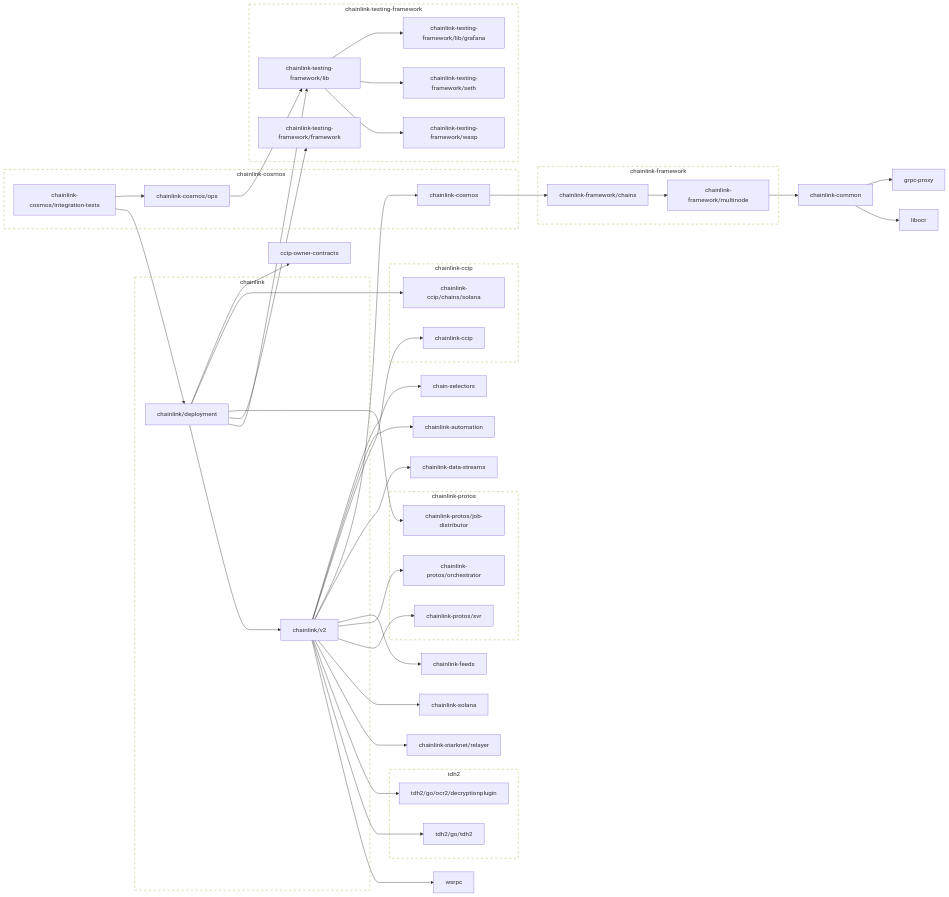
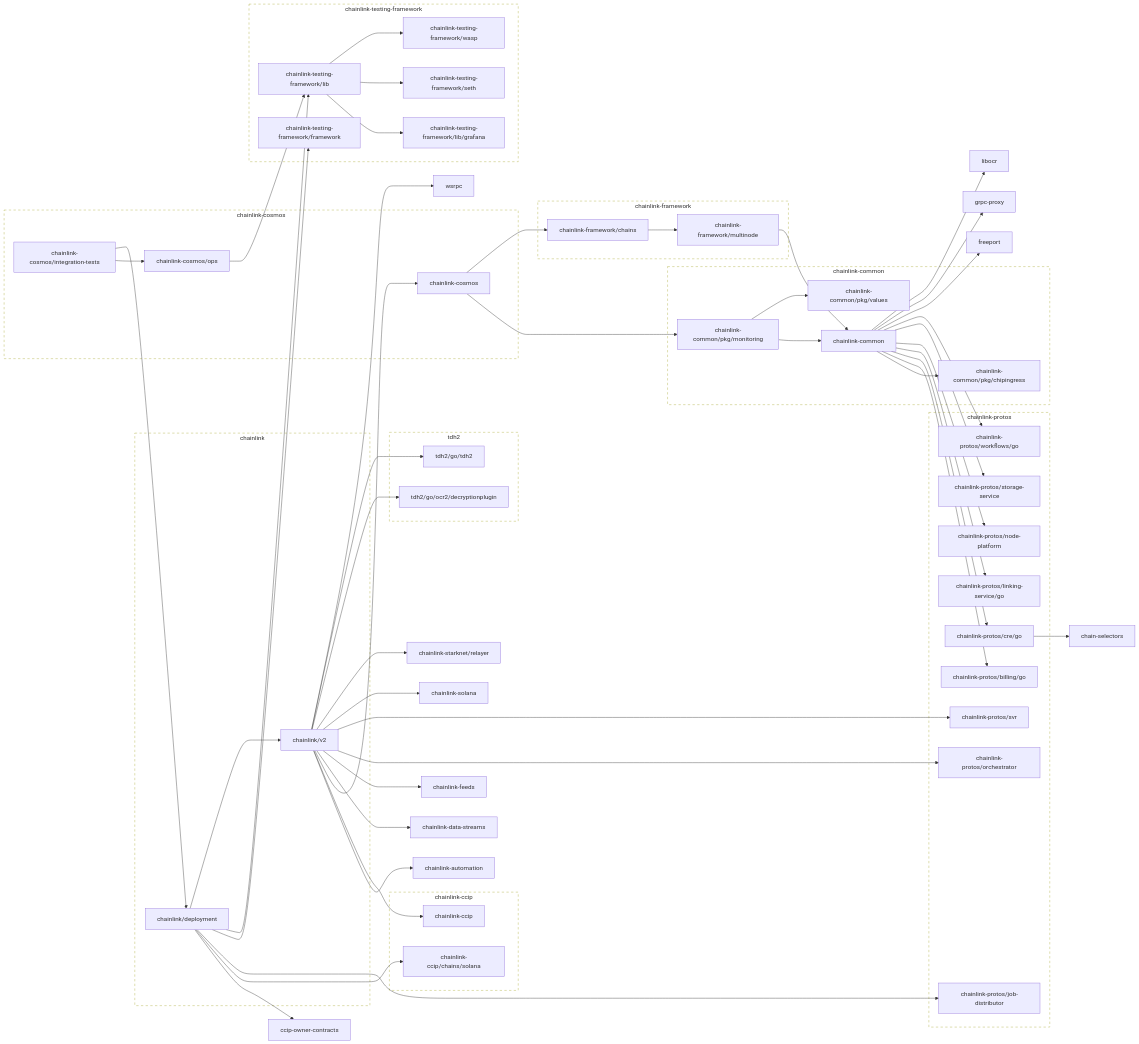
The second of 2 diagrams in go.md (smartcontractkit/chainlink-cosmos), drawn with Mermaid before and after one commit. The commit also changed other lines of this file and 13 other files, not shown here.

````diff
--- a/go.md
+++ b/go.md
@@ -41,9 +91,25 @@
 	click chainlink-ccip href "https://github.com/smartcontractkit/chainlink-ccip"
 	chainlink-ccip/chains/solana
 	click chainlink-ccip/chains/solana href "https://github.com/smartcontractkit/chainlink-ccip"
+	chainlink-common --> chainlink-common/pkg/chipingress
+	chainlink-common --> chainlink-protos/billing/go
+	chainlink-common --> chainlink-protos/cre/go
+	chainlink-common --> chainlink-protos/linking-service/go
+	chainlink-common --> chainlink-protos/node-platform
+	chainlink-common --> chainlink-protos/storage-service
+	chainlink-common --> chainlink-protos/workflows/go
+	chainlink-common --> freeport
 	chainlink-common --> grpc-proxy
 	chainlink-common --> libocr
 	click chainlink-common href "https://github.com/smartcontractkit/chainlink-common"
+	chainlink-common/pkg/chipingress
+	click chainlink-common/pkg/chipingress href "https://github.com/smartcontractkit/chainlink-common"
+	chainlink-common/pkg/monitoring --> chainlink-common
+	chainlink-common/pkg/monitoring --> chainlink-common/pkg/values
+	click chainlink-common/pkg/monitoring href "https://github.com/smartcontractkit/chainlink-common"
+	chainlink-common/pkg/values
+	click chainlink-common/pkg/values href "https://github.com/smartcontractkit/chainlink-common"
+	chainlink-cosmos --> chainlink-common/pkg/monitoring
 	chainlink-cosmos --> chainlink-framework/chains
 	click chainlink-cosmos href "https://github.com/smartcontractkit/chainlink-cosmos"
 	chainlink-cosmos/integration-tests --> chainlink-cosmos/ops
@@ -59,12 +125,24 @@
 	click chainlink-framework/chains href "https://github.com/smartcontractkit/chainlink-framework"
 	chainlink-framework/multinode --> chainlink-common
 	click chainlink-framework/multinode href "https://github.com/smartcontractkit/chainlink-framework"
+	chainlink-protos/billing/go
+	click chainlink-protos/billing/go href "https://github.com/smartcontractkit/chainlink-protos"
+	chainlink-protos/cre/go --> chain-selectors
+	click chainlink-protos/cre/go href "https://github.com/smartcontractkit/chainlink-protos"
 	chainlink-protos/job-distributor
 	click chainlink-protos/job-distributor href "https://github.com/smartcontractkit/chainlink-protos"
+	chainlink-protos/linking-service/go
+	click chainlink-protos/linking-service/go href "https://github.com/smartcontractkit/chainlink-protos"
+	chainlink-protos/node-platform
+	click chainlink-protos/node-platform href "https://github.com/smartcontractkit/chainlink-protos"
 	chainlink-protos/orchestrator
 	click chainlink-protos/orchestrator href "https://github.com/smartcontractkit/chainlink-protos"
+	chainlink-protos/storage-service
+	click chainlink-protos/storage-service href "https://github.com/smartcontractkit/chainlink-protos"
 	chainlink-protos/svr
 	click chainlink-protos/svr href "https://github.com/smartcontractkit/chainlink-protos"
+	chainlink-protos/workflows/go
+	click chainlink-protos/workflows/go href "https://github.com/smartcontractkit/chainlink-protos"
 	chainlink-solana
 	click chainlink-solana href "https://github.com/smartcontractkit/chainlink-solana"
 	chainlink-starknet/relayer
@@ -88,7 +166,6 @@
 	chainlink/deployment --> chainlink-testing-framework/lib
 	chainlink/deployment --> chainlink/v2
 	click chainlink/deployment href "https://github.com/smartcontractkit/chainlink"
-	chainlink/v2 --> chain-selectors
 	chainlink/v2 --> chainlink-automation
 	chainlink/v2 --> chainlink-ccip
 	chainlink/v2 --> chainlink-cosmos
@@ -102,6 +179,8 @@
 	chainlink/v2 --> tdh2/go/tdh2
 	chainlink/v2 --> wsrpc
 	click chainlink/v2 href "https://github.com/smartcontractkit/chainlink"
+	freeport
+	click freeport href "https://github.com/smartcontractkit/freeport"
 	grpc-proxy
 	click grpc-proxy href "https://github.com/smartcontractkit/grpc-proxy"
 	libocr
@@ -125,6 +204,14 @@
 	end
 	click chainlink-ccip-repo href "https://github.com/smartcontractkit/chainlink-ccip"
 
+	subgraph chainlink-common-repo[chainlink-common]
+		 chainlink-common
+		 chainlink-common/pkg/chipingress
+		 chainlink-common/pkg/monitoring
+		 chainlink-common/pkg/values
+	end
+	click chainlink-common-repo href "https://github.com/smartcontractkit/chainlink-common"
+
 	subgraph chainlink-cosmos-repo[chainlink-cosmos]
 		 chainlink-cosmos
 		 chainlink-cosmos/integration-tests
@@ -139,9 +226,15 @@
 	click chainlink-framework-repo href "https://github.com/smartcontractkit/chainlink-framework"
 
 	subgraph chainlink-protos-repo[chainlink-protos]
+		 chainlink-protos/billing/go
+		 chainlink-protos/cre/go
 		 chainlink-protos/job-distributor
+		 chainlink-protos/linking-service/go
+		 chainlink-protos/node-platform
 		 chainlink-protos/orchestrator
+		 chainlink-protos/storage-service
 		 chainlink-protos/svr
+		 chainlink-protos/workflows/go
 	end
 	click chainlink-protos-repo href "https://github.com/smartcontractkit/chainlink-protos"
 
@@ -161,5 +254,5 @@
 	click tdh2-repo href "https://github.com/smartcontractkit/tdh2"
 
 	classDef outline stroke-dasharray:6,fill:none;
-	class chainlink-repo,chainlink-ccip-repo,chainlink-cosmos-repo,chainlink-framework-repo,chainlink-protos-repo,chainlink-testing-framework-repo,tdh2-repo outline
+	class chainlink-repo,chainlink-ccip-repo,chainlink-common-repo,chainlink-cosmos-repo,chainlink-framework-repo,chainlink-protos-repo,chainlink-testing-framework-repo,tdh2-repo outline
 ```
````
